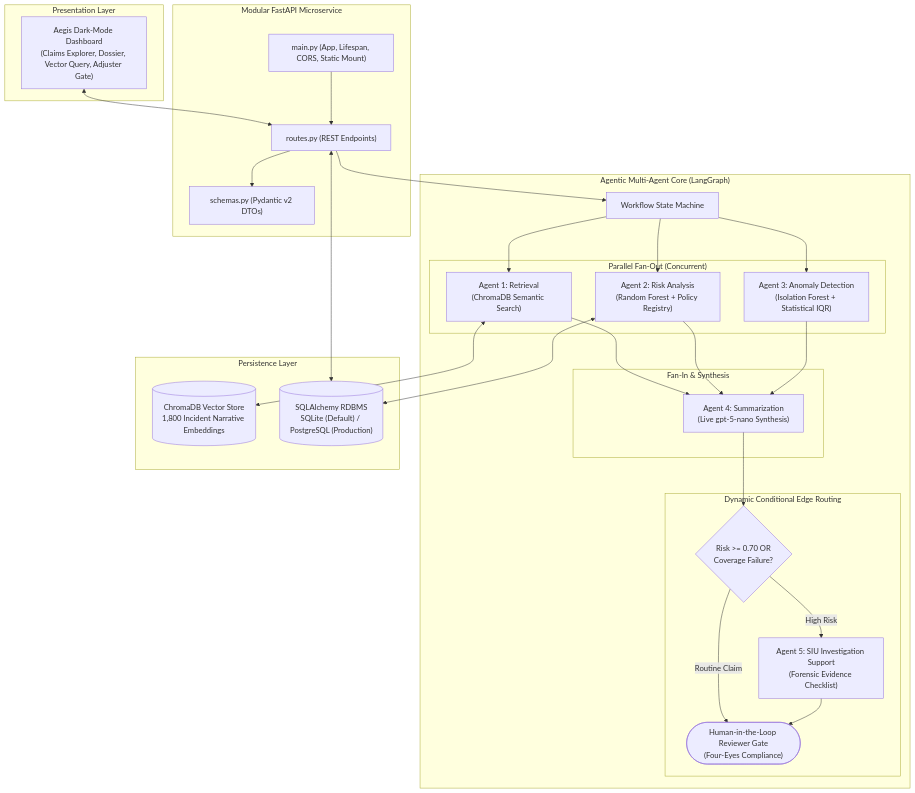
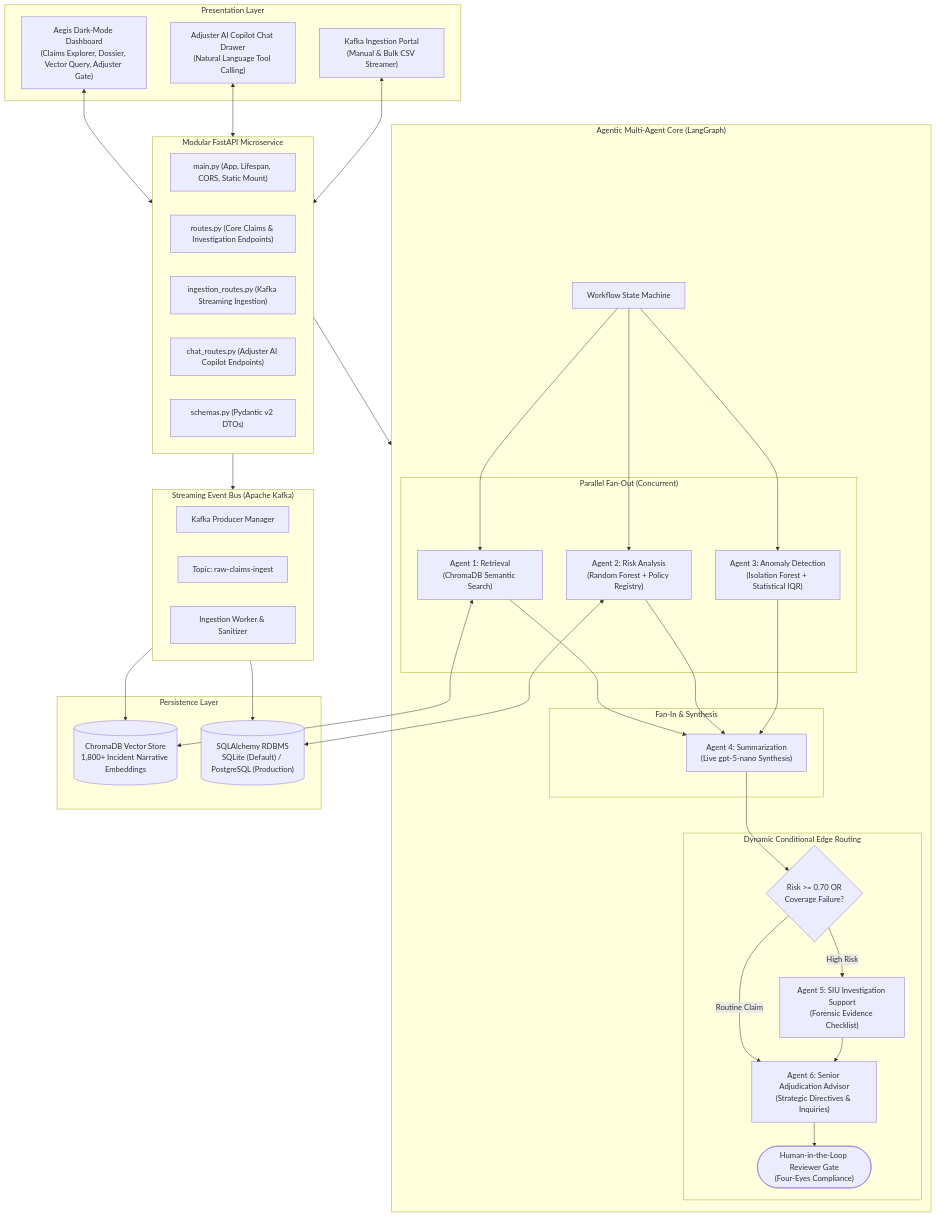
The diagram in README.md (loyaldudee/Capstone), drawn with Mermaid before and after one commit. The commit also changed other lines of this file and 6 other files, not shown here.

````diff
--- a/README.md
+++ b/README.md
@@ -32,52 +44,62 @@
 ```mermaid
 flowchart TB
     subgraph UI_Layer["Presentation Layer"]
         WebUI["Aegis Dark-Mode Dashboard<br/>(Claims Explorer, Dossier, Vector Query, Adjuster Gate)"]
+        ChatUI["Adjuster AI Copilot Chat Drawer<br/>(Natural Language Tool Calling)"]
+        IngestUI["Kafka Ingestion Portal<br/>(Manual & Bulk CSV Streamer)"]
     end
 
     subgraph API_Layer["Modular FastAPI Microservice"]
         Main["main.py (App, Lifespan, CORS, Static Mount)"]
-        Routes["routes.py (REST Endpoints)"]
+        CoreRoutes["routes.py (Core Claims & Investigation Endpoints)"]
+        IngestRoutes["ingestion_routes.py (Kafka Streaming Ingestion)"]
+        ChatRoutes["chat_routes.py (Adjuster AI Copilot Endpoints)"]
         Schemas["schemas.py (Pydantic v2 DTOs)"]
+    end
+
+    subgraph Kafka_Bus["Streaming Event Bus (Apache Kafka)"]
+        Producer["Kafka Producer Manager"]
+        Topic["Topic: raw-claims-ingest"]
+        Worker["Ingestion Worker & Sanitizer"]
     end
 
     subgraph LangGraph_Core["Agentic Multi-Agent Core (LangGraph)"]
         Orchestrator["Workflow State Machine"]
         
         subgraph Parallel_Fan_Out["Parallel Fan-Out (Concurrent)"]
             A1["Agent 1: Retrieval<br/>(ChromaDB Semantic Search)"]
             A2["Agent 2: Risk Analysis<br/>(Random Forest + Policy Registry)"]
             A3["Agent 3: Anomaly Detection<br/>(Isolation Forest + Statistical IQR)"]
         end
 
         subgraph Fan_In["Fan-In & Synthesis"]
             A4["Agent 4: Summarization<br/>(Live gpt-5-nano Synthesis)"]
         end
 
         subgraph Handoff["Dynamic Conditional Edge Routing"]
             Router{"Risk >= 0.70 OR<br/>Coverage Failure?"}
             A5["Agent 5: SIU Investigation Support<br/>(Forensic Evidence Checklist)"]
+            A6["Agent 6: Senior Adjudication Advisor<br/>(Strategic Directives & Inquiries)"]
             AdjudicationGate(["Human-in-the-Loop Reviewer Gate<br/>(Four-Eyes Compliance)"])
         end
     end
 
     subgraph Storage_Layer["Persistence Layer"]
-        Chroma[("ChromaDB Vector Store<br/>1,800 Incident Narrative Embeddings")]
+        Chroma[("ChromaDB Vector Store<br/>1,800+ Incident Narrative Embeddings")]
         RDBMS[("SQLAlchemy RDBMS<br/>SQLite (Default) / PostgreSQL (Production)")]
     end
 
-    WebUI <--> Routes
-    Main --> Routes
-    Routes --> Schemas
-    Routes <--> RDBMS
-    Routes --> Orchestrator
-
+    WebUI & ChatUI & IngestUI <--> API_Layer
+    API_Layer --> Kafka_Bus
+    Kafka_Bus --> RDBMS & Chroma
+    API_Layer --> LangGraph_Core
     Orchestrator --> A1 & A2 & A3
     A1 <--> Chroma
     A2 <--> RDBMS
     A1 & A2 & A3 --> A4
     A4 --> Router
     Router -->|High Risk| A5
-    Router -->|Routine Claim| AdjudicationGate
-    A5 --> AdjudicationGate
+    Router -->|Routine Claim| A6
+    A5 --> A6
+    A6 --> AdjudicationGate
 ```
````
